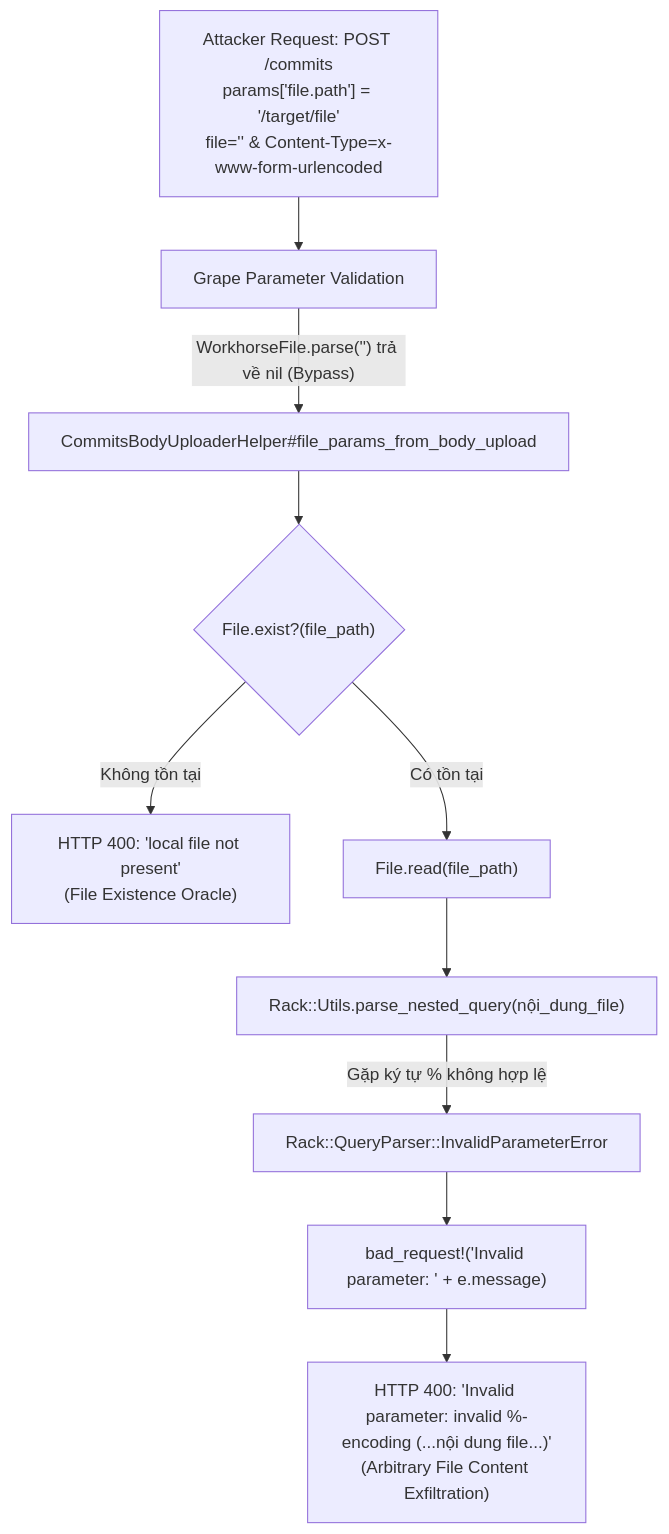
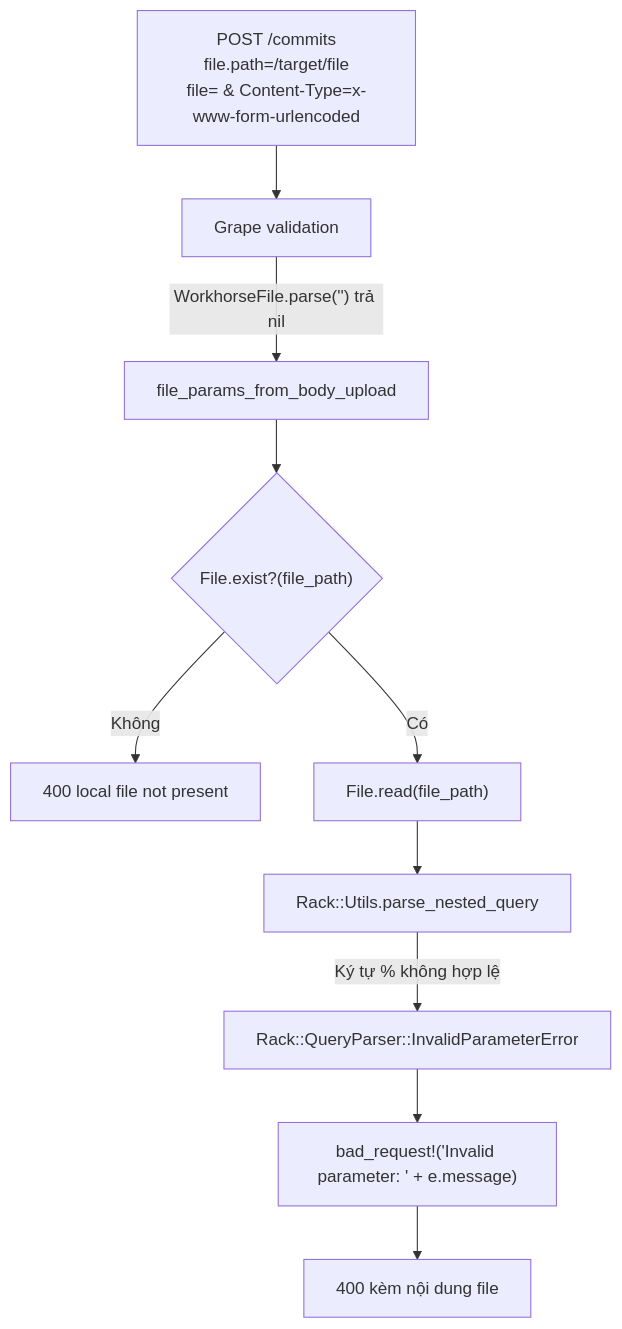
One commit to minhmd25/minhmd25.github.io changed the second of 2 diagrams in _posts/2026-09-16-gitlab-arbitrary-file-read-cve-2026-85706.md. Above: the diagram before and after it, drawn with Mermaid. The commit also changed other lines of this file, not shown here.

````diff
--- a/_posts/2026-09-16-gitlab-arbitrary-file-read-cve-2026-85706.md
+++ b/_posts/2026-09-16-gitlab-arbitrary-file-read-cve-2026-85706.md
@@ -230,12 +179,12 @@
 ```mermaid
 flowchart TD
-    A["Attacker Request: POST /commits<br>params['file.path'] = '/target/file'<br>file='' & Content-Type=x-www-form-urlencoded"] --> B["Grape Parameter Validation"]
-    B -->|"WorkhorseFile.parse('') trả về nil (Bypass)"| C["CommitsBodyUploaderHelper#file_params_from_body_upload"]
+    A["POST /commits<br>file.path=/target/file<br>file= & Content-Type=x-www-form-urlencoded"] --> B["Grape validation"]
+    B -->|"WorkhorseFile.parse('') trả nil"| C["file_params_from_body_upload"]
     C --> D{"File.exist?(file_path)"}
-    D -->|"Không tồn tại"| E["HTTP 400: 'local file not present'<br>(File Existence Oracle)"]
-    D -->|"Có tồn tại"| F["File.read(file_path)"]
-    F --> G["Rack::Utils.parse_nested_query(nội_dung_file)"]
-    G -->|"Gặp ký tự % không hợp lệ"| H["Rack::QueryParser::InvalidParameterError"]
+    D -->|"Không"| E["400 local file not present"]
+    D -->|"Có"| F["File.read(file_path)"]
+    F --> G["Rack::Utils.parse_nested_query"]
+    G -->|"Ký tự % không hợp lệ"| H["Rack::QueryParser::InvalidParameterError"]
     H --> I["bad_request!('Invalid parameter: ' + e.message)"]
-    I --> J["HTTP 400: 'Invalid parameter: invalid %-encoding (...nội dung file...)'<br>(Arbitrary File Content Exfiltration)"]
+    I --> J["400 kèm nội dung file"]
 ```
````
